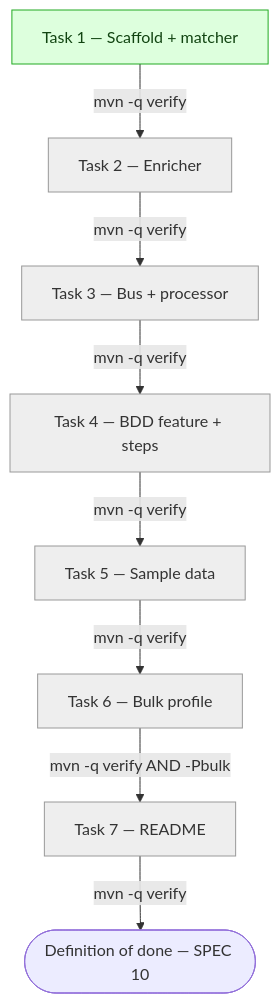
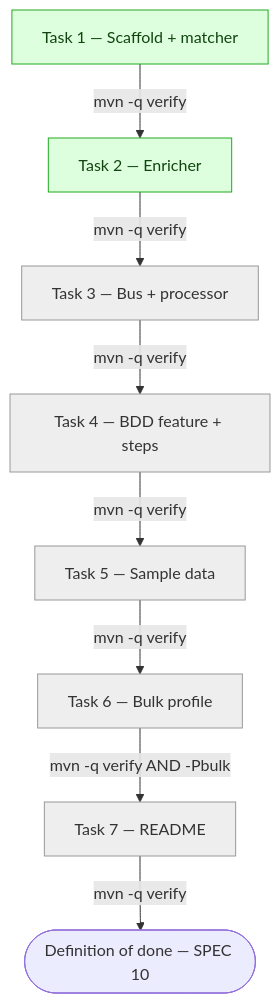
The ninth of 10 diagrams in docs/ARCHITECTURE.md (Cozentus-Technologies/DSV-test-assignement), drawn with Mermaid before and after one commit. The commit also changed other lines of this file and 8 other files, not shown here.

````diff
--- a/docs/ARCHITECTURE.md
+++ b/docs/ARCHITECTURE.md
@@ -362,23 +362,23 @@
 ```mermaid
 flowchart TD
     T1["Task 1 — Scaffold + matcher"]
     T2["Task 2 — Enricher"]
     T3["Task 3 — Bus + processor"]
     T4["Task 4 — BDD feature + steps"]
     T5["Task 5 — Sample data"]
     T6["Task 6 — Bulk profile"]
     T7["Task 7 — README"]
 
     T1 -->|"mvn -q verify"| T2
     T2 -->|"mvn -q verify"| T3
     T3 -->|"mvn -q verify"| T4
     T4 -->|"mvn -q verify"| T5
     T5 -->|"mvn -q verify"| T6
     T6 -->|"mvn -q verify AND -Pbulk"| T7
     T7 -->|"mvn -q verify"| DONE(["Definition of done — SPEC 10"])
 
     classDef done fill:#dfd,stroke:#2a2,color:#141;
     classDef pending fill:#eee,stroke:#999,color:#333;
-    class T1 done
-    class T2,T3,T4,T5,T6,T7 pending
+    class T1,T2 done
+    class T3,T4,T5,T6,T7 pending
 ```
````
